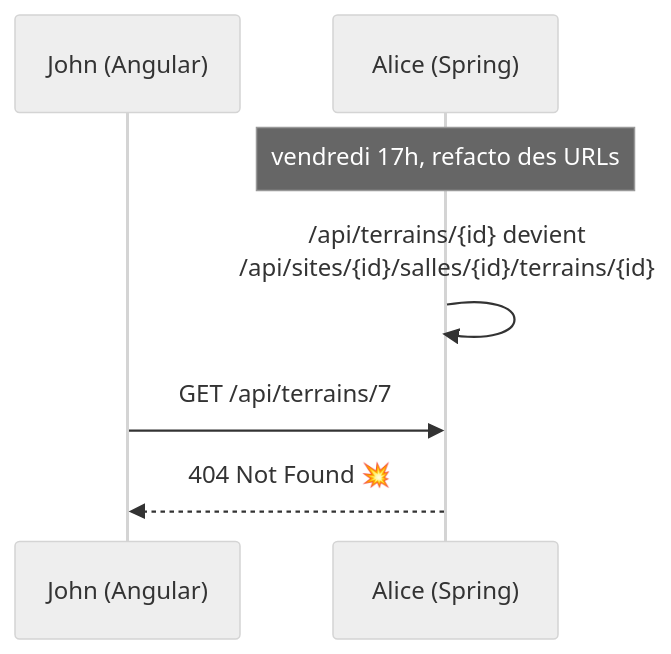
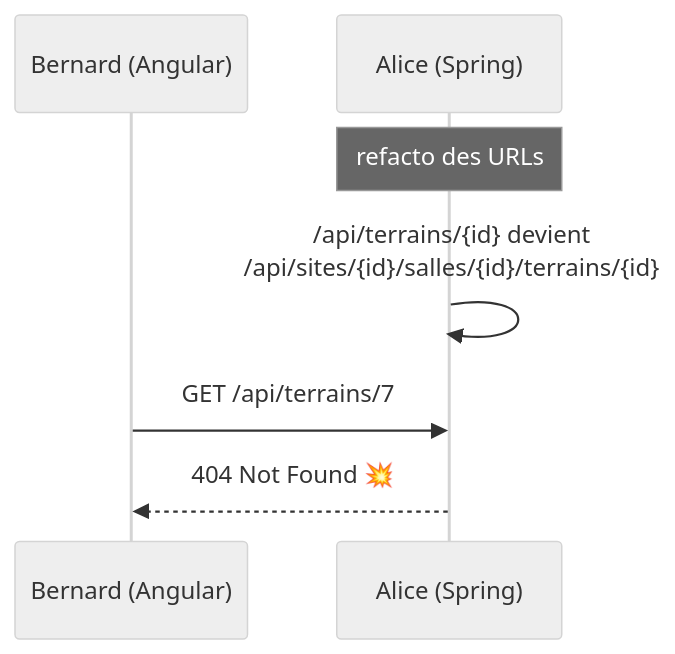
Before and after one commit to benjilegnard/hateoas-and-spa-a-loveoas-story: the fourth of 8 diagrams in public/hateoas-a-love-story.md, drawn with Mermaid (neutral theme). The commit also changed other lines of this file and 4 other files, not shown here.

````diff
--- a/public/hateoas-a-love-story.md
+++ b/public/hateoas-a-love-story.md
@@ -276,9 +292,9 @@
 ```mermaid
 sequenceDiagram
-  participant J as John (Angular)
+  participant J as Bernard (Angular)
   participant A as Alice (Spring)
-  Note over A: vendredi 17h, refacto des URLs
+  Note over A: refacto des URLs
   A->>A: /api/terrains/{id} devient<br/>/api/sites/{id}/salles/{id}/terrains/{id}
   J->>A: GET /api/terrains/7
   A-->>J: 404 Not Found 💥
 ```
````
